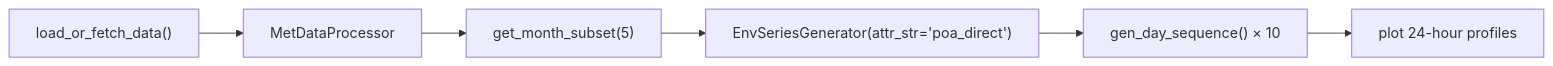
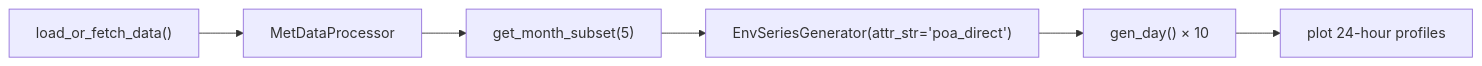
Before and after one commit to npapnet/meteosynth: the diagram in docs/source/examples.md, drawn with Mermaid. The commit also changed other lines of this file and 36 other files, not shown here.

````diff
--- a/docs/source/examples.md
+++ b/docs/source/examples.md
@@ -40,8 +40,8 @@
 ```{mermaid}
 flowchart LR
     L["load_or_fetch_data()"] --> M["MetDataProcessor"]
     M --> May["get_month_subset(5)"]
     May --> G["EnvSeriesGenerator(attr_str='poa_direct')"]
-    G --> P["gen_day_sequence() &times; 10"]
+    G --> P["gen_day() &times; 10"]
     P --> Plot["plot 24-hour profiles"]
 ```
````
